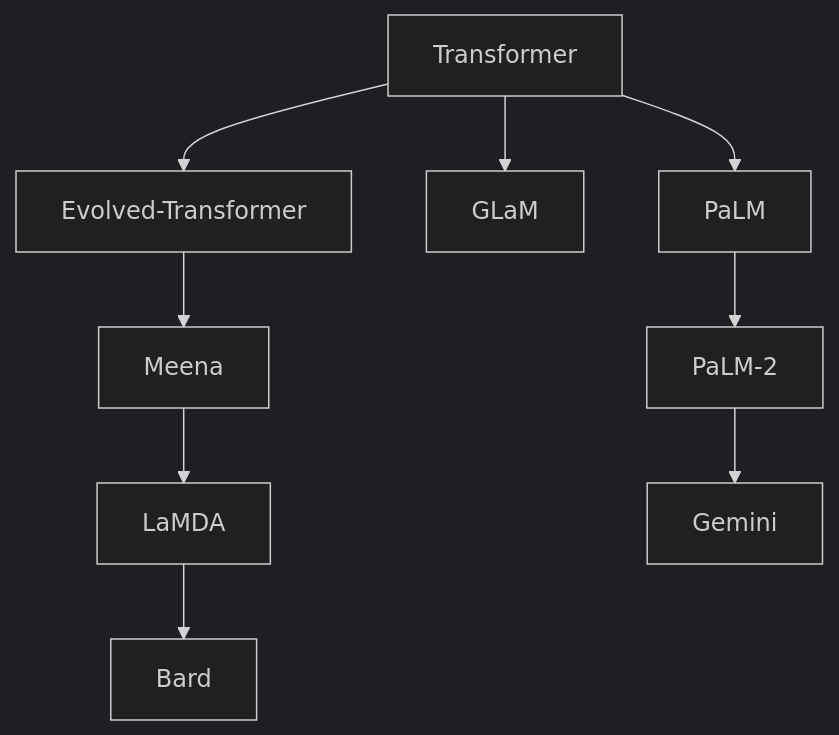
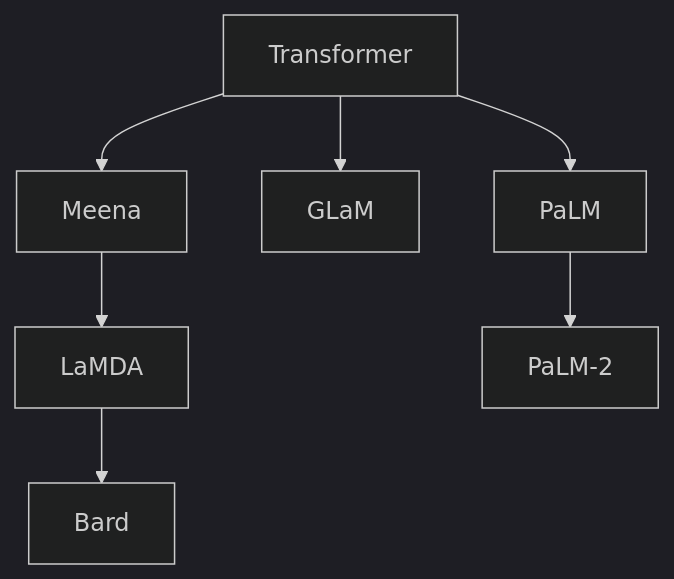
Before and after one commit to ted-sharp/chatvox: diagram 11 of 17 in doc/llm.md, drawn with Mermaid (dark theme). The commit also changed other lines of this file, not shown here.

````diff
--- a/doc/llm.md
+++ b/doc/llm.md
@@ -411,7 +411,7 @@
 ```mermaid
 flowchart
 
-Transformer --> Evolved-Transformer --> Meena --> LaMDA --> Bard
+Transformer --> Meena --> LaMDA --> Bard
 Transformer --> GLaM
-Transformer --> PaLM --> PaLM-2 --> Gemini
+Transformer --> PaLM --> PaLM-2
 ```
````
